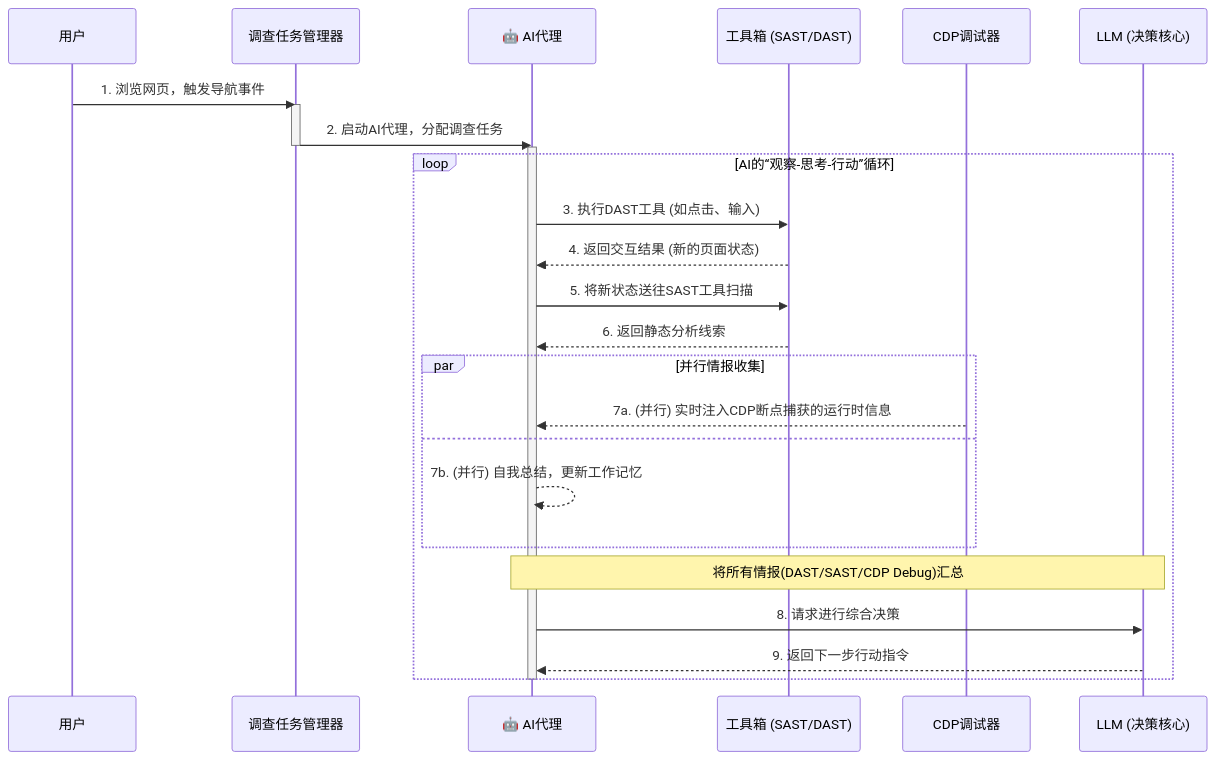
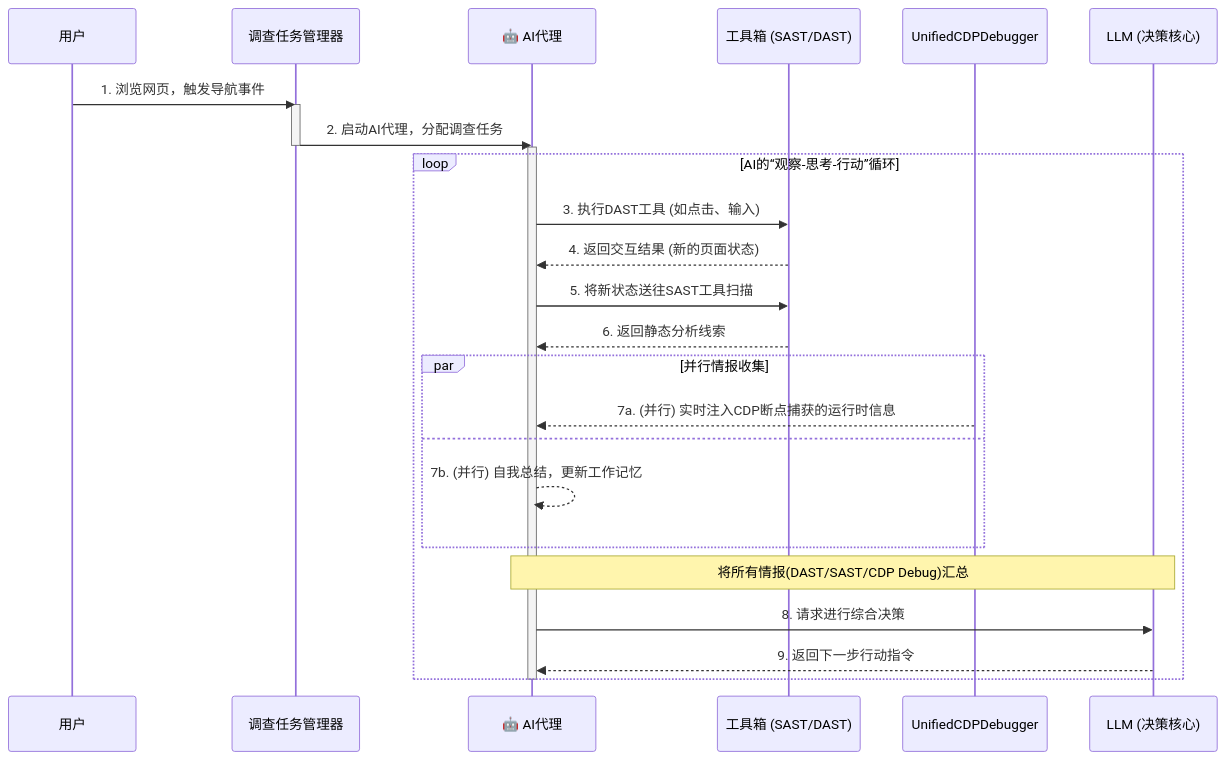
Before and after one commit to PurpleNewNew/Aegis: the second of 2 diagrams in README.md, drawn with Mermaid. The commit also changed other lines of this file, not shown here.

````diff
--- a/README.md
+++ b/README.md
@@ -70,34 +70,34 @@
 ```mermaid
 sequenceDiagram
     participant User as 用户
     participant Manager as 调查任务管理器
     participant Agent as 🤖 AI代理
     participant Tools as 工具箱 (SAST/DAST)
-    participant Debugger as CDP调试器
+    participant Debugger as UnifiedCDPDebugger
     participant LLM as LLM (决策核心)
 
     User->>Manager: 1. 浏览网页，触发导航事件
     activate Manager
     Manager->>Agent: 2. 启动AI代理，分配调查任务
     deactivate Manager
 
     activate Agent
     loop AI的“观察-思考-行动”循环
         Agent->>Tools: 3. 执行DAST工具 (如点击、输入)
         Tools-->>Agent: 4. 返回交互结果 (新的页面状态)
         
         Agent->>Tools: 5. 将新状态送往SAST工具扫描
         Tools-->>Agent: 6. 返回静态分析线索
 
         par 并行情报收集
             Debugger-->>Agent: 7a. (并行) 实时注入CDP断点捕获的运行时信息
         and
             Agent-->>Agent: 7b. (并行) 自我总结，更新工作记忆
         end
 
         Note over Agent, LLM: 将所有情报(DAST/SAST/CDP Debug)汇总
         Agent->>LLM: 8. 请求进行综合决策
         LLM-->>Agent: 9. 返回下一步行动指令
     end
     deactivate Agent
 ```
````
